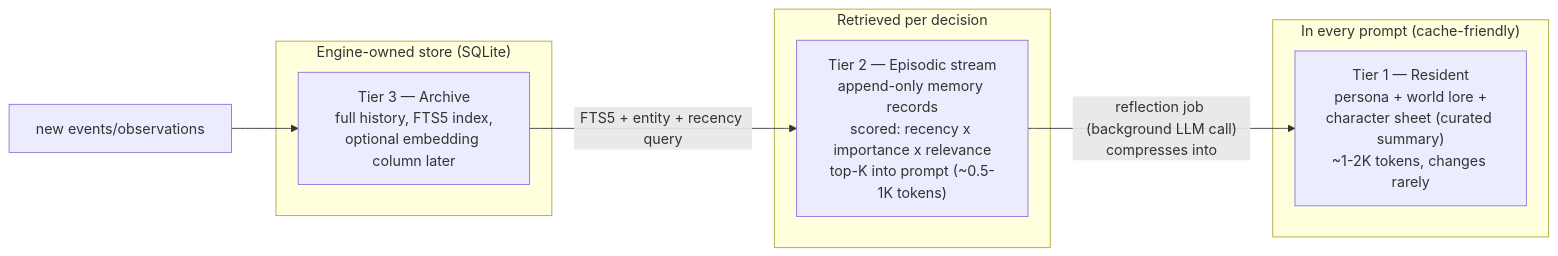
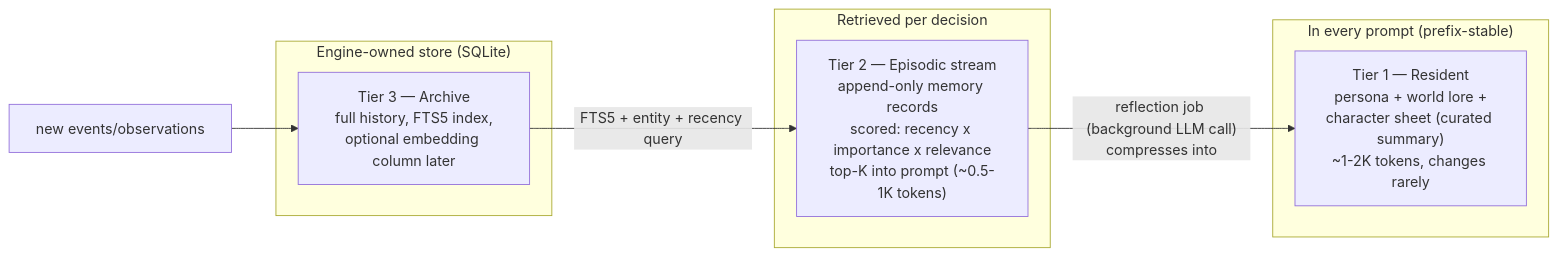
One commit to halfaipg/duskfell-poc changed the fourth of 4 diagrams in docs/npc-engine-design.md. Above: the diagram before and after it, drawn with Mermaid. The commit also changed other lines of this file and 2 other files, not shown here.

````diff
--- a/docs/npc-engine-design.md
+++ b/docs/npc-engine-design.md
@@ -206,16 +220,16 @@
 ```mermaid
 flowchart LR
-    subgraph Prompt["In every prompt (cache-friendly)"]
+    subgraph Prompt["In every prompt (prefix-stable)"]
         T1["Tier 1 — Resident<br/>persona + world lore +<br/>character sheet (curated summary)<br/>~1-2K tokens, changes rarely"]
     end
     subgraph Retrieved["Retrieved per decision"]
         T2["Tier 2 — Episodic stream<br/>append-only memory records<br/>scored: recency x importance x relevance<br/>top-K into prompt (~0.5-1K tokens)"]
     end
     subgraph Store["Engine-owned store (SQLite)"]
         T3["Tier 3 — Archive<br/>full history, FTS5 index,<br/>optional embedding column later"]
     end
 
     T3 -- "FTS5 + entity + recency query" --> T2
     T2 -- "reflection job (background LLM call)<br/>compresses into" --> T1
     NEW["new events/observations"] --> T3
 ```
````
